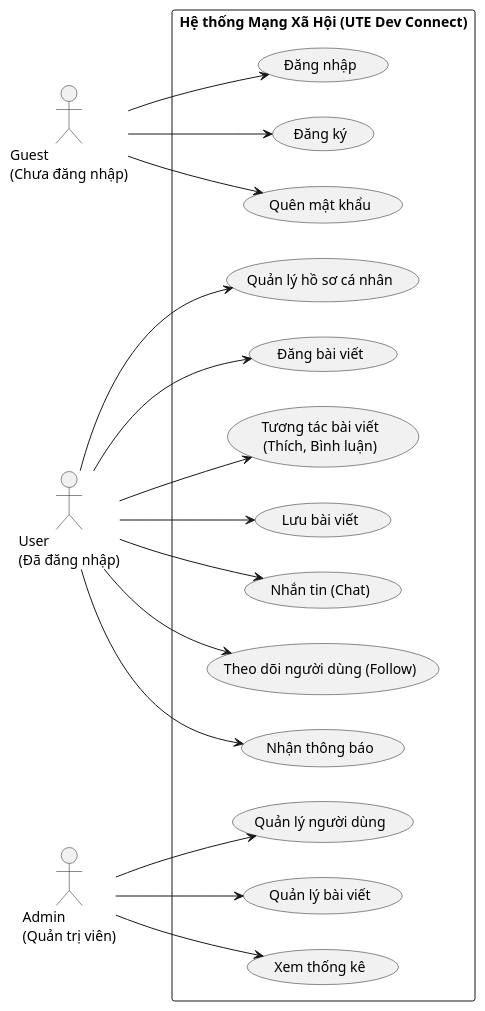
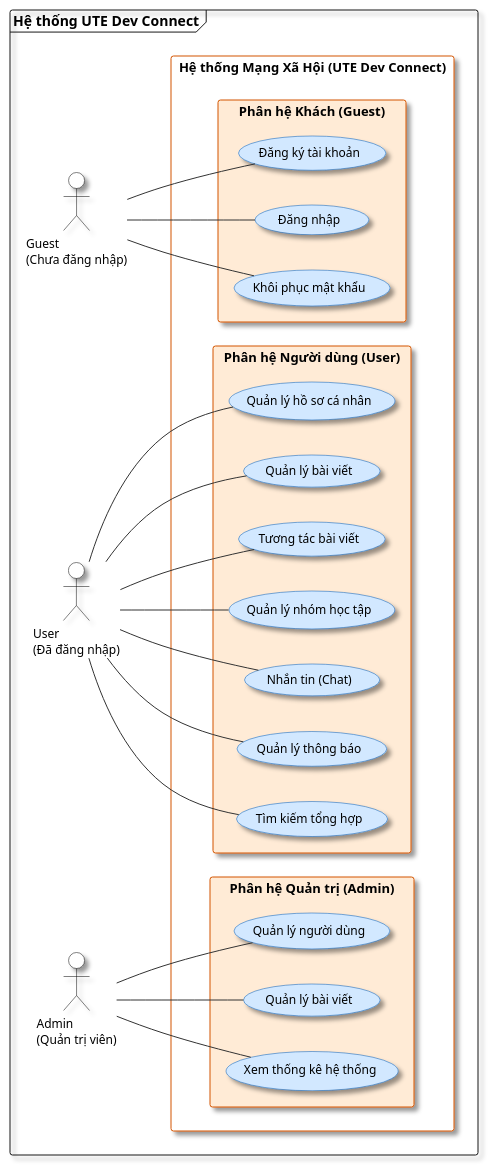
One commit to trihieuvo/justFUML changed the diagram in src/Software_Testing/usecase.puml. Above: the diagram before and after it, drawn with PlantUML. The commit also changed 3 other files, not shown here.

```diff
--- a/src/Software_Testing/usecase.puml
+++ b/src/Software_Testing/usecase.puml
@@ -1,48 +1,83 @@
 @startuml
 left to right direction
-skinparam packageStyle rectangle
 
-actor "Guest\n(Chưa đăng nhập)" as g
-actor "User\n(Đã đăng nhập)" as u
-actor "Admin\n(Quản trị viên)" as a
+skinparam BackgroundColor #FFFFFF
+skinparam Shadowing true
 
-rectangle "Hệ thống Mạng Xã Hội (UTE Dev Connect)" {
-  ' Các chức năng của Guest
-  usecase "Đăng nhập" as UC1
-  usecase "Đăng ký" as UC2
-  usecase "Quên mật khẩu" as UC3
-  
-  ' Các chức năng chính của User
-  usecase "Quản lý hồ sơ cá nhân" as UC4
-  usecase "Đăng bài viết" as UC5
-  usecase "Tương tác bài viết\n(Thích, Bình luận)" as UC6
-  usecase "Lưu bài viết" as UC7
-  usecase "Nhắn tin (Chat)" as UC8
-  usecase "Theo dõi người dùng (Follow)" as UC9
-  usecase "Nhận thông báo" as UC10
-  
-  ' Các chức năng của Admin
-  usecase "Quản lý người dùng" as UC11
-  usecase "Quản lý bài viết" as UC12
-  usecase "Xem thống kê" as UC13
+skinparam usecase {
+    BackgroundColor #D2E8FF
+    BorderColor #0059B3
+    FontName "Segoe UI"
+    FontSize 12
+    FontColor #000000
 }
 
-' Kết nối tác nhân Guest
-g --> UC1
-g --> UC2
-g --> UC3
+skinparam rectangle {
+    BackgroundColor #FFEBD6
+    BorderColor #D35400
+    FontName "Segoe UI"
+    FontSize 13
+    FontColor #000000
+}
 
-' Kết nối tác nhân User
-u --> UC4
-u --> UC5
-u --> UC6
-u --> UC7
-u --> UC8
-u --> UC9
-u --> UC10
+skinparam actor {
+    BackgroundColor #FFFFFF
+    BorderColor #000000
+    FontName "Segoe UI"
+    FontSize 12
+    FontColor #000000
+}
 
-' Kết nối tác nhân Admin
-a --> UC11
-a --> UC12
-a --> UC13
+skinparam arrow {
+    Color #333333
+    FontName "Segoe UI"
+    FontSize 10
+    FontColor #000000
+}
+
+frame "Hệ thống UTE Dev Connect" {
+    actor "Guest\n(Chưa đăng nhập)" as g
+    actor "User\n(Đã đăng nhập)" as u
+    actor "Admin\n(Quản trị viên)" as a
+
+    rectangle "Hệ thống Mạng Xã Hội (UTE Dev Connect)" #white {
+        rectangle "Phân hệ Khách (Guest)" #FFEBD6 {
+            usecase "Đăng ký tài khoản" as UC_Register
+            usecase "Đăng nhập" as UC_Login
+            usecase "Khôi phục mật khẩu" as UC_Forgot
+        }
+
+        rectangle "Phân hệ Người dùng (User)" #FFEBD6 {
+            usecase "Quản lý hồ sơ cá nhân" as UC_Profile
+            usecase "Quản lý bài viết" as UC_Post
+            usecase "Tương tác bài viết" as UC_Interaction
+            usecase "Quản lý nhóm học tập" as UC_Group
+            usecase "Nhắn tin (Chat)" as UC_Chat
+            usecase "Quản lý thông báo" as UC_Notification
+            usecase "Tìm kiếm tổng hợp" as UC_Search
+        }
+
+        rectangle "Phân hệ Quản trị (Admin)" #FFEBD6 {
+            usecase "Quản lý người dùng" as UC_ManageUsers
+            usecase "Quản lý bài viết" as UC_ManagePosts
+            usecase "Xem thống kê hệ thống" as UC_ViewStats
+        }
+    }
+
+    g -- UC_Register
+    g -- UC_Login
+    g -- UC_Forgot
+
+    u -- UC_Profile
+    u -- UC_Post
+    u -- UC_Interaction
+    u -- UC_Group
+    u -- UC_Chat
+    u -- UC_Notification
+    u -- UC_Search
+
+    a -- UC_ManageUsers
+    a -- UC_ManagePosts
+    a -- UC_ViewStats
+}
 @enduml
```
